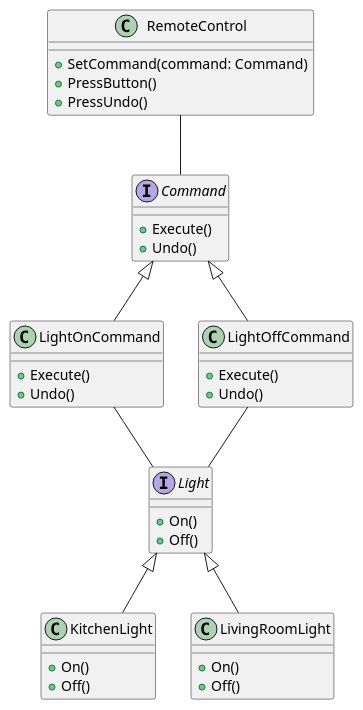
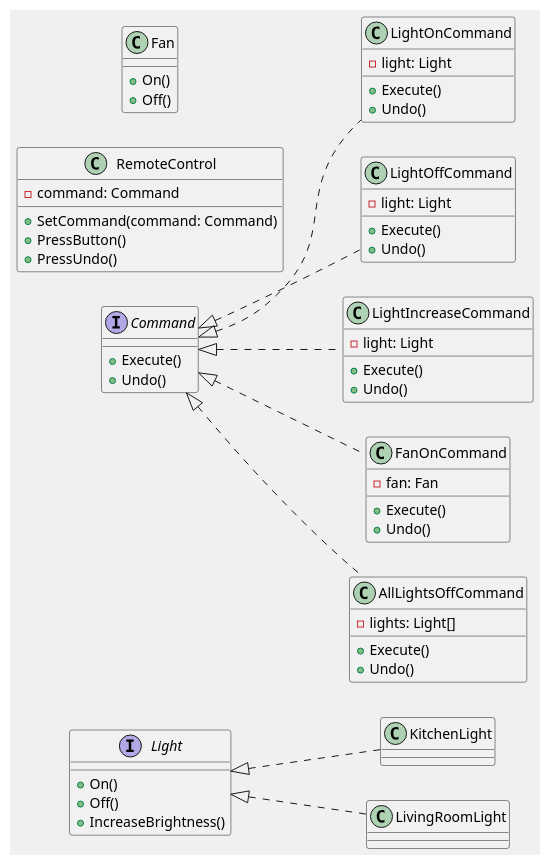
One commit to luyang93/Dive-Into-Design-Patterns changed the first of 2 diagrams in Command/README.md. Above: the diagram before and after it, drawn with PlantUML. The commit also changed other lines of this file and 3 other files, not shown here.

````diff
--- a/Command/README.md
+++ b/Command/README.md
@@ -1,53 +1,72 @@
 ```plantuml
 left to right direction
 skinparam backgroundColor #F0F0F0
 
-@startuml
-
 interface Light {
-  +On()
-  +Off()
+    +On()
+    +Off()
+    +IncreaseBrightness()
 }
 
 class KitchenLight {
-  +On()
-  +Off()
 }
 
 class LivingRoomLight {
-  +On()
-  +Off()
 }
 
+Light <|.. KitchenLight
+Light <|.. LivingRoomLight
+
 interface Command {
-  +Execute()
-  +Undo()
+    +Execute()
+    +Undo()
 }
 
 class LightOnCommand {
-  +Execute()
-  +Undo()
+    -light: Light
+    +Execute()
+    +Undo()
 }
 
 class LightOffCommand {
-  +Execute()
-  +Undo()
+    -light: Light
+    +Execute()
+    +Undo()
 }
 
-class RemoteControl {
-  +SetCommand(command: Command)
-  +PressButton()
-  +PressUndo()
+class LightIncreaseCommand {
+    -light: Light
+    +Execute()
+    +Undo()
 }
 
-Light <|-- KitchenLight
-Light <|-- LivingRoomLight
+class FanOnCommand {
+    -fan: Fan
+    +Execute()
+    +Undo()
+}
 
-Command <|-- LightOnCommand
-Command <|-- LightOffCommand
+class AllLightsOffCommand {
+    -lights: Light[]
+    +Execute()
+    +Undo()
+}
 
-LightOnCommand -- Light
-LightOffCommand -- Light
+Command <|.. LightOnCommand
+Command <|.. LightOffCommand
+Command <|.. LightIncreaseCommand
+Command <|.. FanOnCommand
+Command <|.. AllLightsOffCommand
 
-RemoteControl -- Command
+class RemoteControl {
+    -command: Command
+    +SetCommand(command: Command)
+    +PressButton()
+    +PressUndo()
+}
+
+class Fan {
+    +On()
+    +Off()
+}
 ```
````
